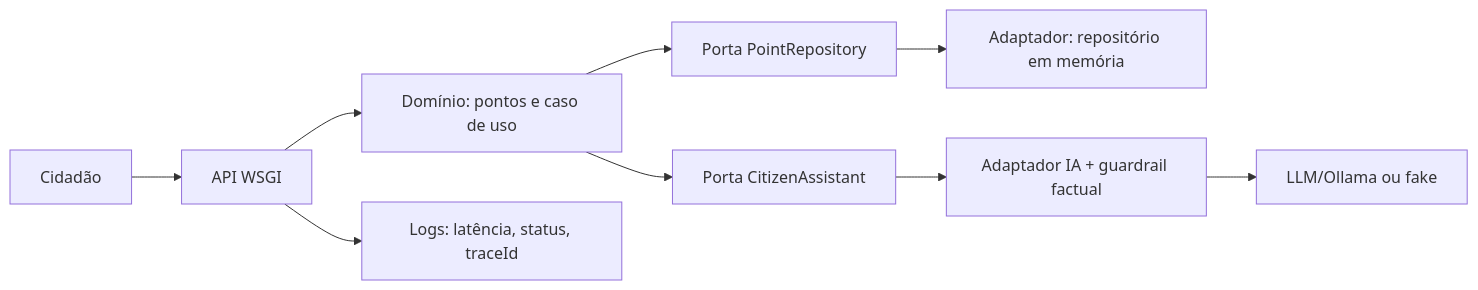
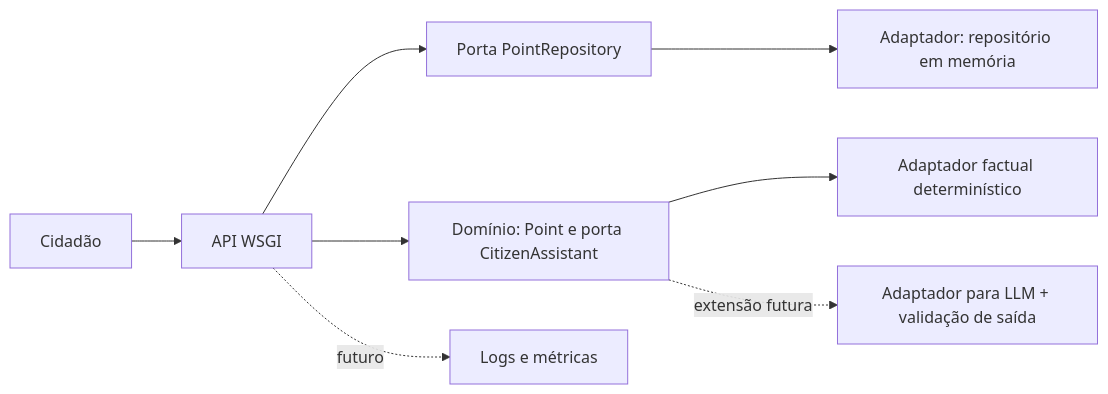
The diagram in 3_arquitetura.md (Boscolii/gs-citizentech-mobilidade), drawn with Mermaid before and after one commit. The commit also changed other lines of this file and 11 other files, not shown here.

````diff
--- a/3_arquitetura.md
+++ b/3_arquitetura.md
@@ -5,11 +5,10 @@
 ```mermaid
 flowchart LR
     C[Cidadão] --> API[API WSGI]
-    API --> D[Domínio: pontos e caso de uso]
-    D --> P[Porta PointRepository]
+    API --> P[Porta PointRepository]
     P --> R[Adaptador: repositório em memória]
-    D --> A[Porta CitizenAssistant]
-    A --> G[Adaptador IA + guardrail factual]
-    G --> L[LLM/Ollama ou fake]
-    API --> O[Logs: latência, status, traceId]
+    API --> D[Domínio: Point e porta CitizenAssistant]
+    D --> F[Adaptador factual determinístico]
+    D -. extensão futura .-> L[Adaptador para LLM + validação de saída]
+    API -. futuro .-> O[Logs e métricas]
 ```
````
